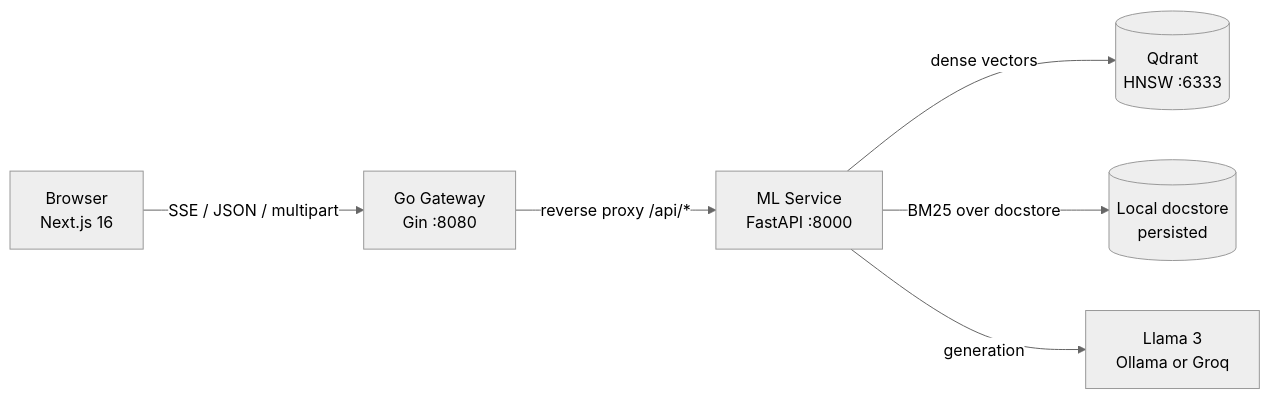
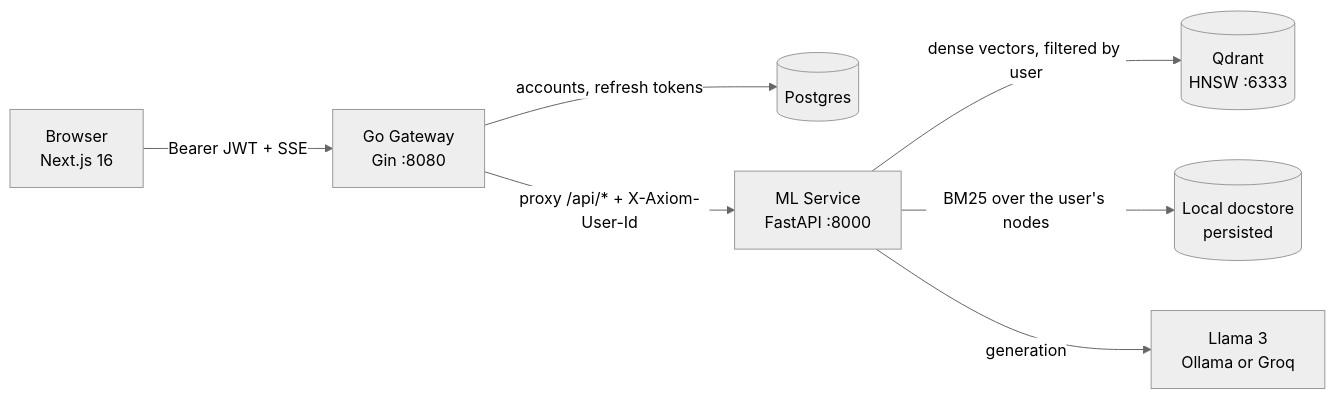
The diagram in README.md (AYUSHSAINI9876/axiom-ai), drawn with Mermaid (neutral theme) before and after one commit. The commit also changed other lines of this file and 5 other files, not shown here.

````diff
--- a/README.md
+++ b/README.md
@@ -22,8 +23,9 @@
 ```mermaid
 flowchart LR
-    B[Browser<br/>Next.js 16] -->|SSE / JSON / multipart| G[Go Gateway<br/>Gin :8080]
-    G -->|reverse proxy /api/*| M[ML Service<br/>FastAPI :8000]
-    M -->|dense vectors| Q[(Qdrant<br/>HNSW :6333)]
-    M -->|BM25 over docstore| D[(Local docstore<br/>persisted)]
+    B[Browser<br/>Next.js 16] -->|Bearer JWT + SSE| G[Go Gateway<br/>Gin :8080]
+    G -->|accounts, refresh tokens| P[(Postgres)]
+    G -->|proxy /api/* + X-Axiom-User-Id| M[ML Service<br/>FastAPI :8000]
+    M -->|dense vectors, filtered by user| Q[(Qdrant<br/>HNSW :6333)]
+    M -->|BM25 over the user's nodes| D[(Local docstore<br/>persisted)]
     M -->|generation| L[Llama 3<br/>Ollama or Groq]
 ```
````
